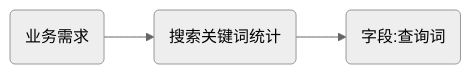
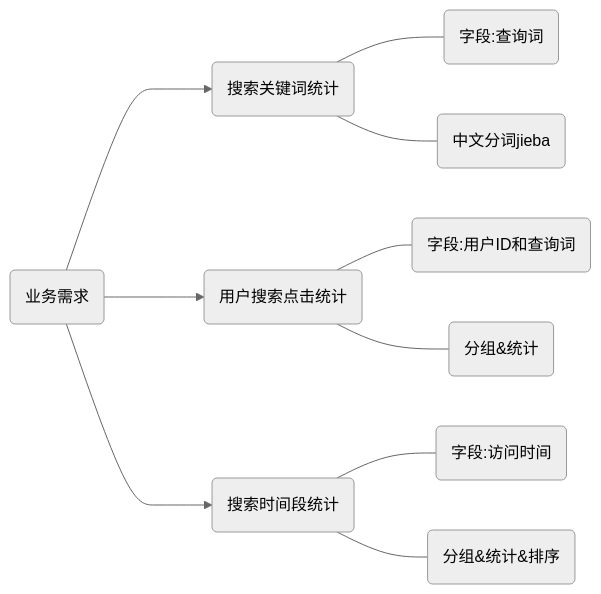
The diagram in _posts/2021-12-15-SparkCore.md (cocotwp/cocotwp.github.io), drawn with Mermaid (neutral theme) before and after one commit. The commit also changed other lines of this file, not shown here.

````diff
--- a/_posts/2021-12-15-SparkCore.md
+++ b/_posts/2021-12-15-SparkCore.md
@@ -96,5 +83,12 @@
 ```mermaid
 graph LR;
-	A(业务需求)-->B(搜索关键词统计);
-	B-->b1(字段:查询词);
+	A(业务需求)--->B(搜索关键词统计);
+	A--->C(用户搜索点击统计);
+	A--->D(搜索时间段统计);
+	B---b1(字段:查询词);
+	B---b2(中文分词jieba);
+	C---c1(字段:用户ID和查询词);
+	C---c2(分组&统计);
+	D---d1(字段:访问时间);
+	D---d2(分组&统计&排序);
 ```
````
